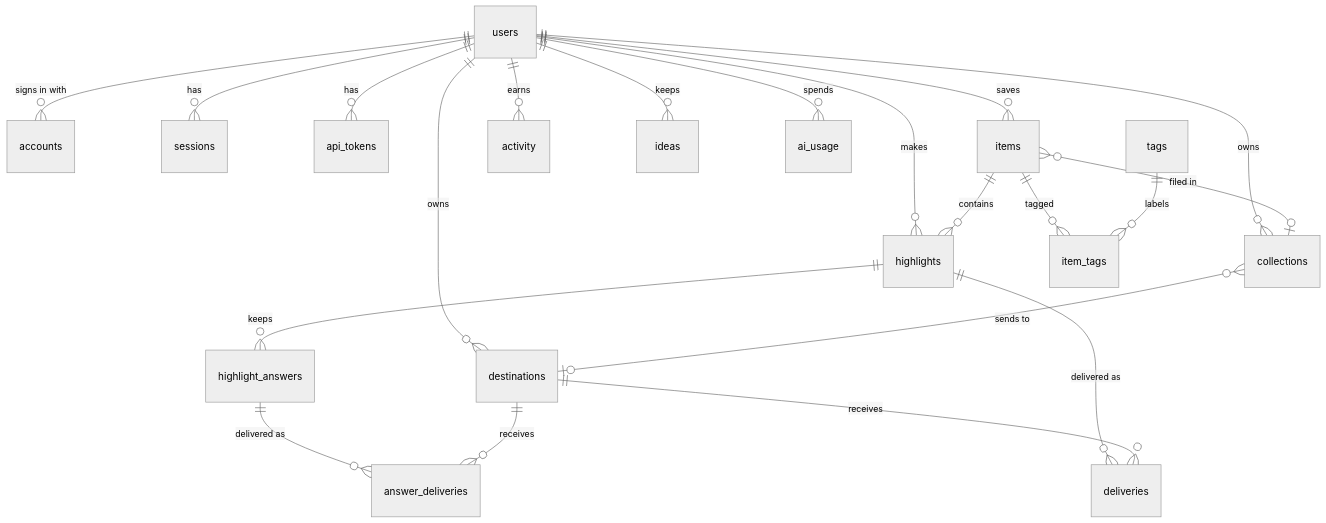
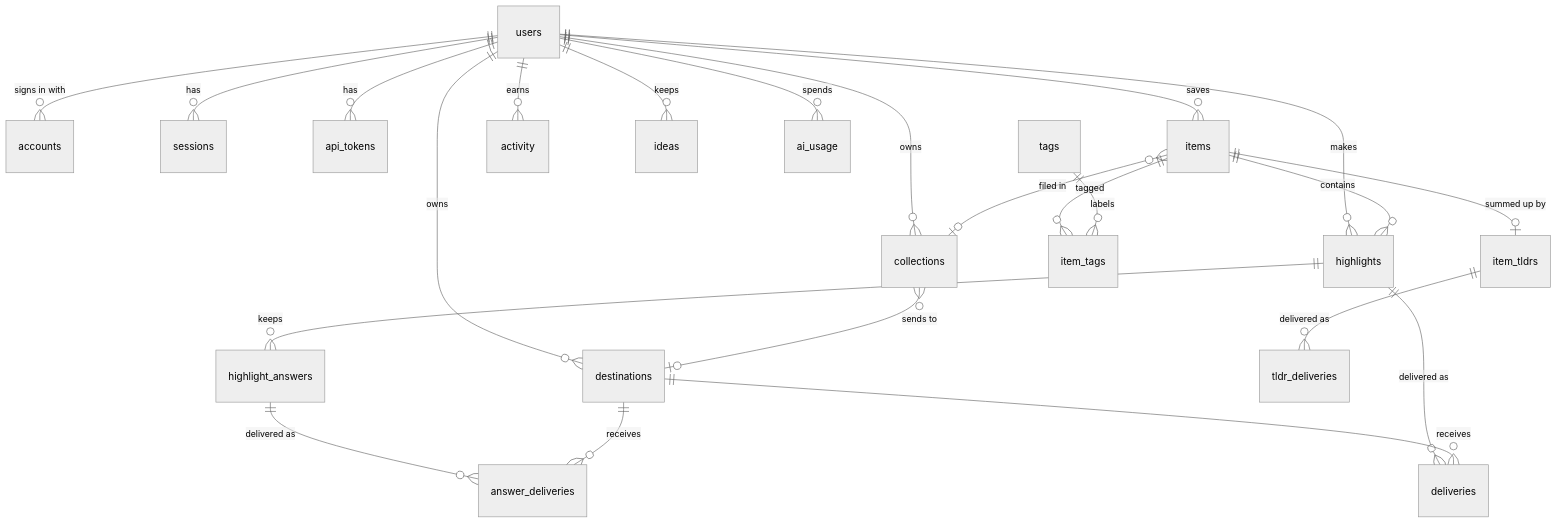
One commit to brgv-code/lumen changed the diagram in docs/DATA_MODEL.md. Above: the diagram before and after it, drawn with Mermaid (neutral theme). The commit also changed other lines of this file and 7 other files, not shown here.

````diff
--- a/docs/DATA_MODEL.md
+++ b/docs/DATA_MODEL.md
@@ -3,23 +3,25 @@
 ```mermaid
 erDiagram
   users ||--o{ accounts : "signs in with"
   users ||--o{ sessions : has
   users ||--o{ api_tokens : has
   users ||--o{ items : saves
   users ||--o{ collections : owns
   users ||--o{ destinations : owns
   users ||--o{ highlights : makes
   users ||--o{ activity : earns
   users ||--o{ ideas : keeps
   users ||--o{ ai_usage : spends
   collections }o--o| destinations : "sends to"
   items }o--o| collections : "filed in"
   items ||--o{ highlights : contains
   items ||--o{ item_tags : tagged
   tags ||--o{ item_tags : labels
   highlights ||--o{ deliveries : "delivered as"
   highlights ||--o{ highlight_answers : keeps
   highlight_answers ||--o{ answer_deliveries : "delivered as"
   destinations ||--o{ answer_deliveries : receives
+  items ||--o| item_tldrs : "summed up by"
+  item_tldrs ||--o{ tldr_deliveries : "delivered as"
   destinations ||--o{ deliveries : receives
 ```
````
